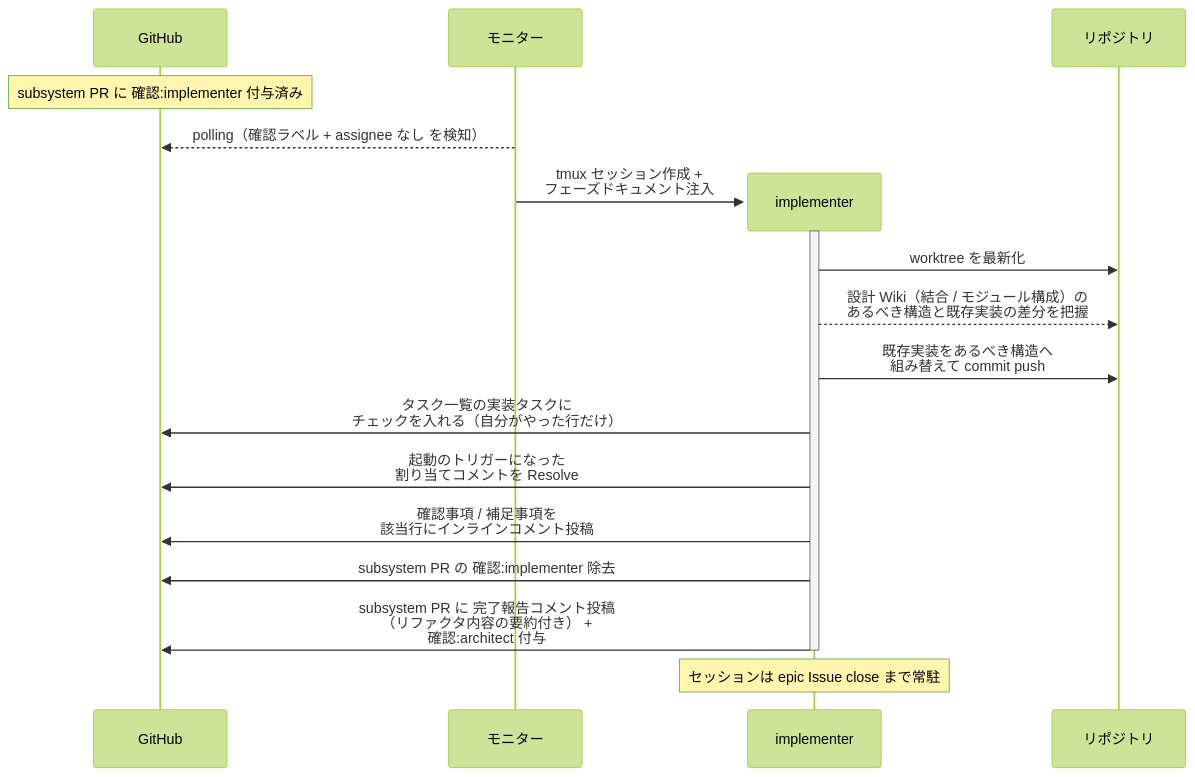
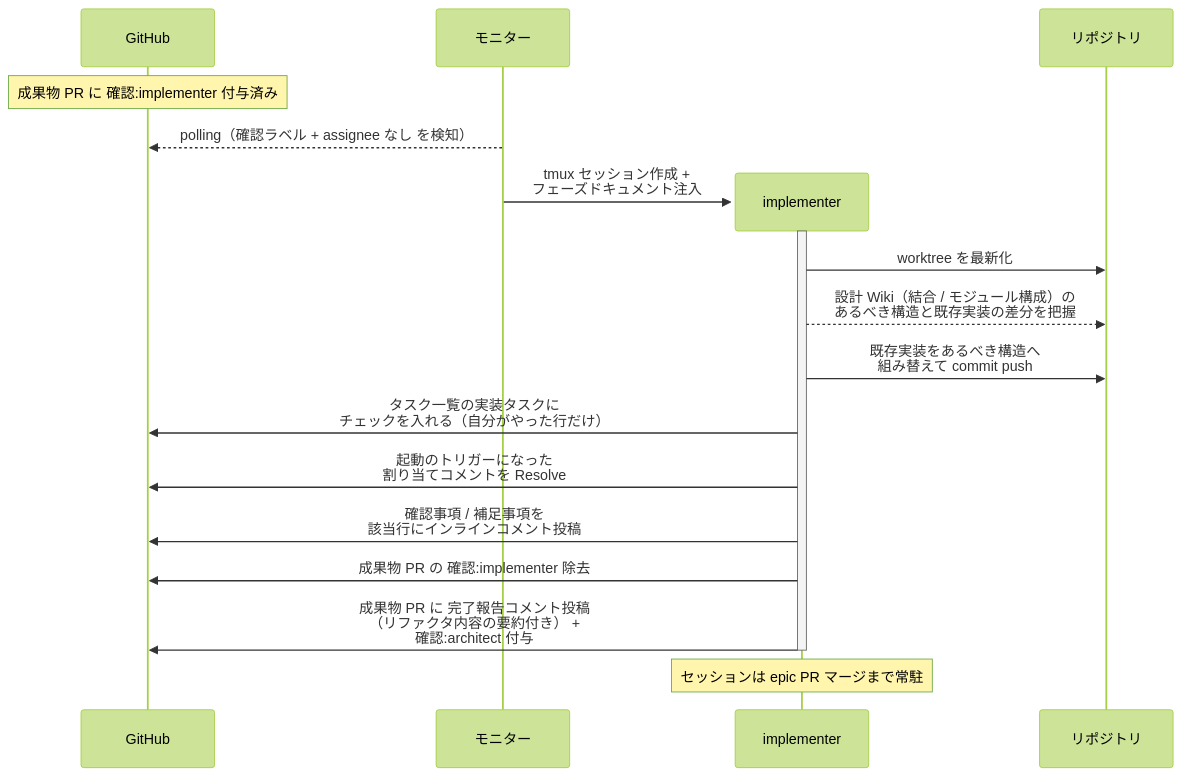
The second of 3 diagrams in docs/wiki/設計図/シナリオ/単一ユースケース/実装.md (shuhei1101/ai-monitor), drawn with Mermaid (forest theme) before and after one commit. The commit also changed other lines of this file and 256 other files, not shown here.

````diff
--- a/docs/wiki/設計図/シナリオ/単一ユースケース/実装.md
+++ b/docs/wiki/設計図/シナリオ/単一ユースケース/実装.md
@@ -74,22 +74,22 @@
 ```mermaid
 sequenceDiagram
   participant GH as GitHub
   participant ORC as モニター
 
-  Note over GH: subsystem PR に 確認:implementer 付与済み
+  Note over GH: 成果物 PR に 確認:implementer 付与済み
   ORC-->>GH: polling（確認ラベル + assignee なし を検知）
   create participant MON as implementer
   ORC->>MON: tmux セッション作成 +<br>フェーズドキュメント注入
   participant REPO as リポジトリ
   activate MON
   MON->>REPO: worktree を最新化
   MON-->>REPO: 設計 Wiki（結合 / モジュール構成）の<br>あるべき構造と既存実装の差分を把握
   MON->>REPO: 既存実装をあるべき構造へ<br>組み替えて commit push
   MON->>GH: タスク一覧の実装タスクに<br>チェックを入れる（自分がやった行だけ）
   MON->>GH: 起動のトリガーになった<br>割り当てコメントを Resolve
   MON->>GH: 確認事項 / 補足事項を<br>該当行にインラインコメント投稿
-  MON->>GH: subsystem PR の 確認:implementer 除去
-  MON->>GH: subsystem PR に 完了報告コメント投稿<br>（リファクタ内容の要約付き） +<br>確認:architect 付与
+  MON->>GH: 成果物 PR の 確認:implementer 除去
+  MON->>GH: 成果物 PR に 完了報告コメント投稿<br>（リファクタ内容の要約付き） +<br>確認:architect 付与
   deactivate MON
-  Note over MON: セッションは epic Issue close まで常駐
+  Note over MON: セッションは epic PR マージまで常駐
 ```
````
